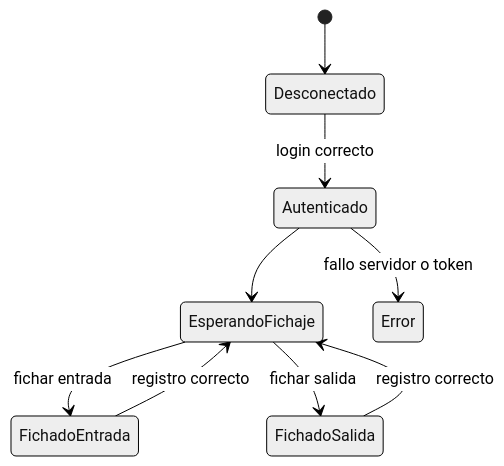
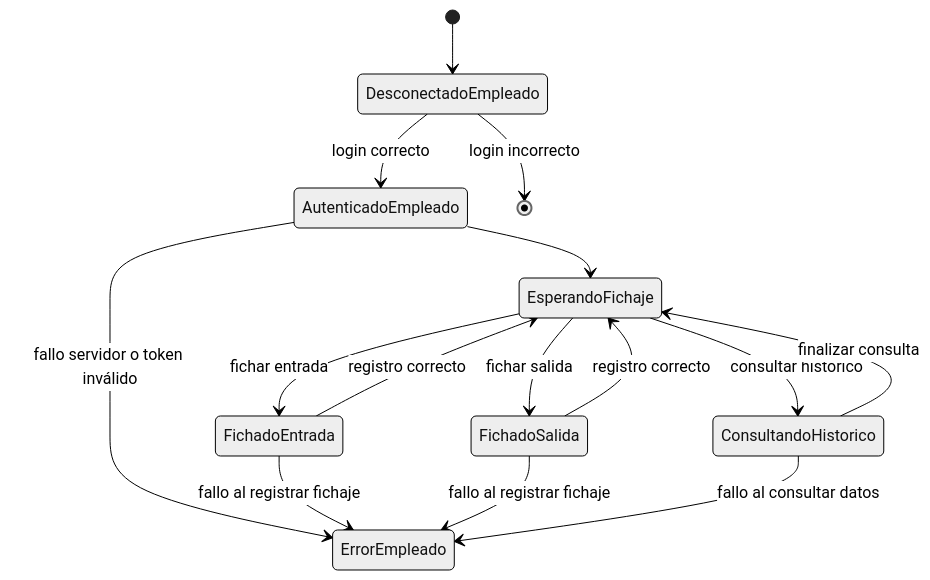
The sixth of 7 diagrams in README.md (danielbolamartinez/Work-O-Clock-2.0), drawn with Mermaid (neutral theme) before and after one commit. The commit also changed other lines of this file and 1 other file, not shown here.

````diff
--- a/README.md
+++ b/README.md
@@ -117,11 +192,25 @@
 ```mermaid
-stateDiagram
-[*] --> Desconectado
-Desconectado --> Autenticado : login correcto
-Autenticado --> EsperandoFichaje
-EsperandoFichaje --> FichadoEntrada : fichar entrada
-FichadoEntrada --> EsperandoFichaje : registro correcto
-EsperandoFichaje --> FichadoSalida : fichar salida
-FichadoSalida --> EsperandoFichaje : registro correcto
-Autenticado --> Error : fallo servidor o token
-```
+stateDiagram-v2
+    [*] --> DesconectadoEmpleado
+
+    %% Login
+    DesconectadoEmpleado --> AutenticadoEmpleado : login correcto
+    DesconectadoEmpleado --> [*] : login incorrecto
+
+    %% Estados de fichaje
+    AutenticadoEmpleado --> EsperandoFichaje
+    EsperandoFichaje --> FichadoEntrada : fichar entrada
+    FichadoEntrada --> EsperandoFichaje : registro correcto
+    EsperandoFichaje --> FichadoSalida : fichar salida
+    FichadoSalida --> EsperandoFichaje : registro correcto
+
+    %% Consultas
+    EsperandoFichaje --> ConsultandoHistorico : consultar histórico
+    ConsultandoHistorico --> EsperandoFichaje : finalizar consulta
+
+    %% Errores
+    AutenticadoEmpleado --> ErrorEmpleado : fallo servidor o token inválido
+    FichadoEntrada --> ErrorEmpleado : fallo al registrar fichaje
+    FichadoSalida --> ErrorEmpleado : fallo al registrar fichaje
+    ConsultandoHistorico --> ErrorEmpleado : fallo al consultar datos
+  ```
````
